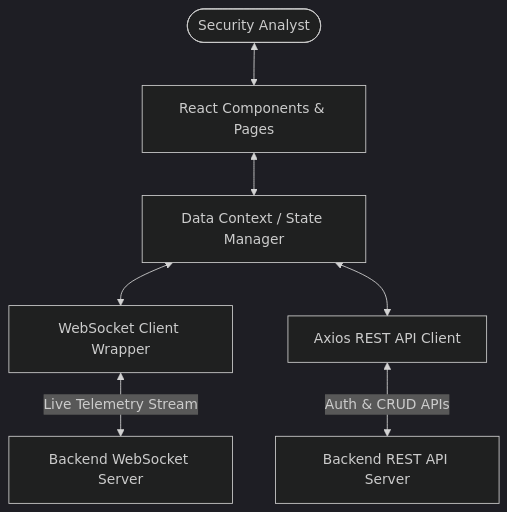
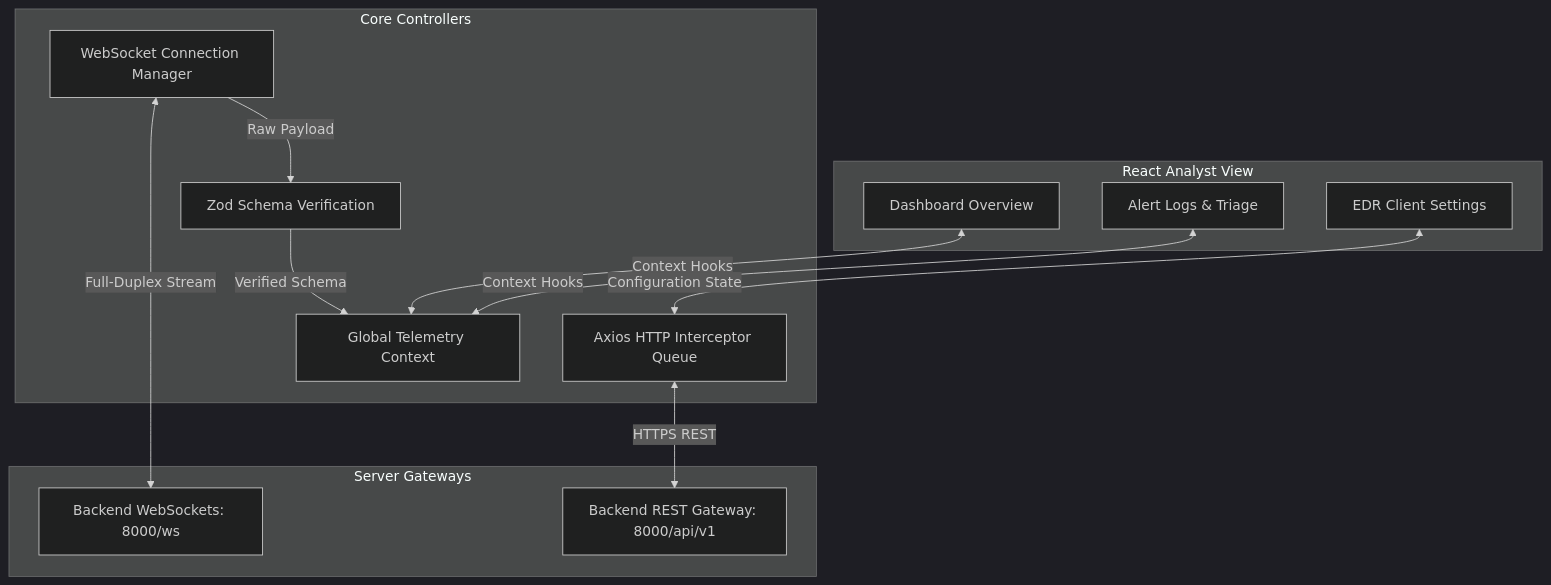
One commit to Sayed-Herzallah/insider-guardian changed the diagram in README.md. Above: the diagram before and after it, drawn with Mermaid (dark theme). The commit also changed other lines of this file and 3 other files, not shown here.

````diff
--- a/README.md
+++ b/README.md
@@ -25,10 +31,31 @@
 ```mermaid
 graph TD
-    User([Security Analyst]) <--> UI[React Components & Pages]
-    UI <--> Context[Data Context / State Manager]
-    Context <--> WSClient[WebSocket Client Wrapper]
-    Context <--> APIClient[Axios REST API Client]
-    
-    WSClient <-->|Live Telemetry Stream| BackendWS[Backend WebSocket Server]
-    APIClient <-->|Auth & CRUD APIs| BackendREST[Backend REST API Server]
+    subgraph UI Layer [React Analyst View]
+        DashboardPage[Dashboard Overview]
+        AlertsPage[Alert Logs & Triage]
+        SettingsPage[EDR Client Settings]
+    end
+
+    subgraph Data Ingestion & State Portal [Core Controllers]
+        StateContext[Global Telemetry Context]
+        ZodValidator[Zod Schema Verification]
+        AxiosInterceptors[Axios HTTP Interceptor Queue]
+        WSConnection[WebSocket Connection Manager]
+    end
+
+    subgraph External Infrastructure [Server Gateways]
+        REST_API[Backend REST Gateway: 8000/api/v1]
+        WS_Server[Backend WebSockets: 8000/ws]
+    end
+
+    %% UI Connections
+    DashboardPage <-->|Context Hooks| StateContext
+    AlertsPage <-->|Context Hooks| StateContext
+    SettingsPage <-->|Configuration State| AxiosInterceptors
+
+    %% Ingestion Connections
+    WSConnection -->|Raw Payload| ZodValidator
+    ZodValidator -->|Verified Schema| StateContext
+    AxiosInterceptors <-->|HTTPS REST| REST_API
+    WSConnection <-->|Full-Duplex Stream| WS_Server
 ```
````
